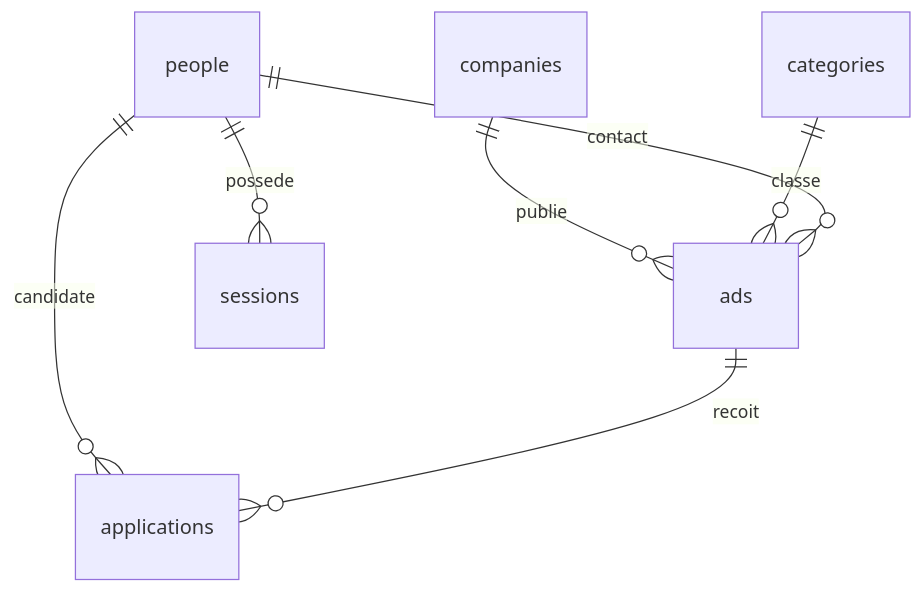
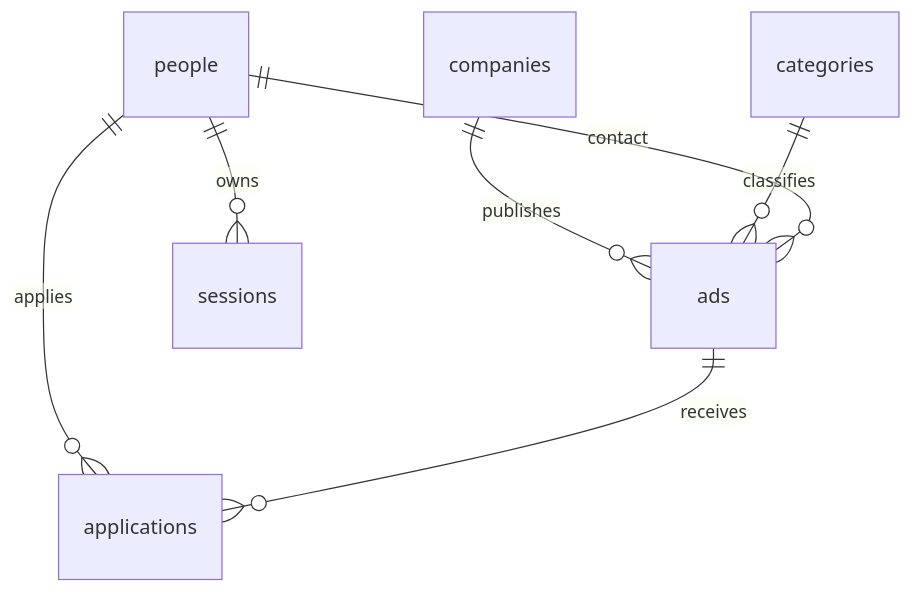
One commit to hsainezaid0/Job-Board- changed the diagram in README.md. Above: the diagram before and after it, drawn with Mermaid. The commit also changed other lines of this file and 2 other files, not shown here.

````diff
--- a/README.md
+++ b/README.md
@@ -89,9 +97,9 @@
 ```mermaid
 erDiagram
-  companies ||--o{ ads : publie
-  categories ||--o{ ads : classe
+  companies ||--o{ ads : publishes
+  categories ||--o{ ads : classifies
   people ||--o{ ads : contact
-  people ||--o{ applications : candidate
-  ads ||--o{ applications : recoit
-  people ||--o{ sessions : possede
+  people ||--o{ applications : applies
+  ads ||--o{ applications : receives
+  people ||--o{ sessions : owns
 ```
````
